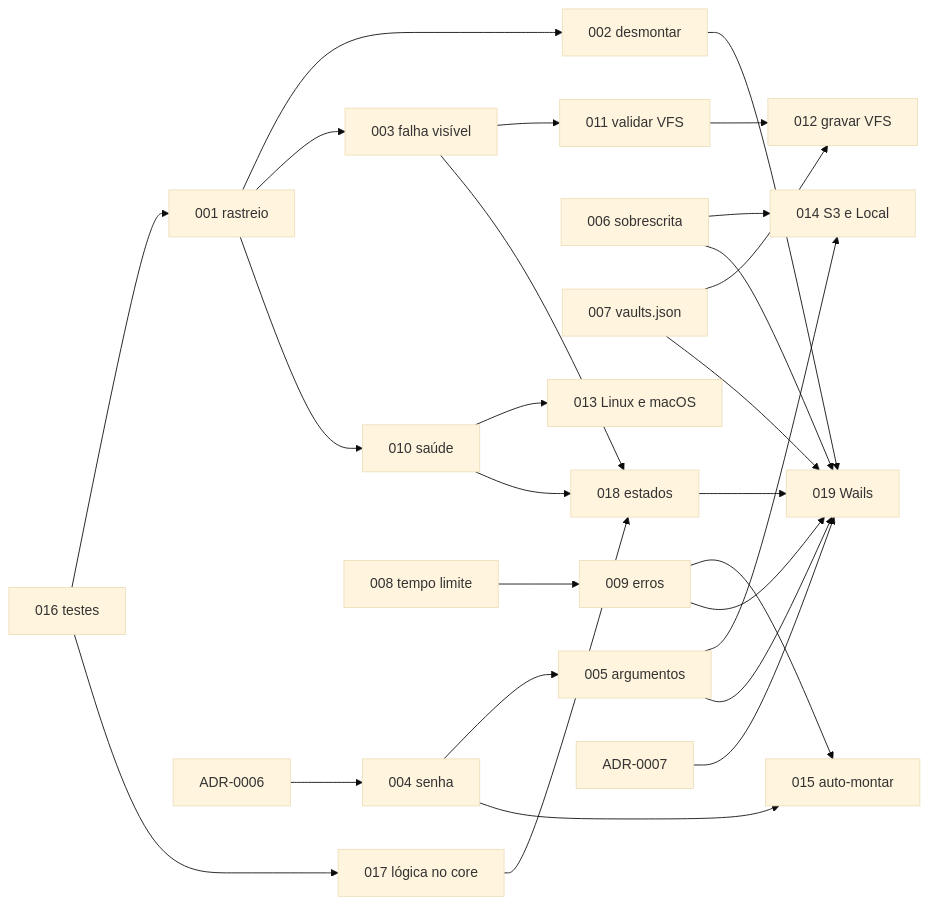
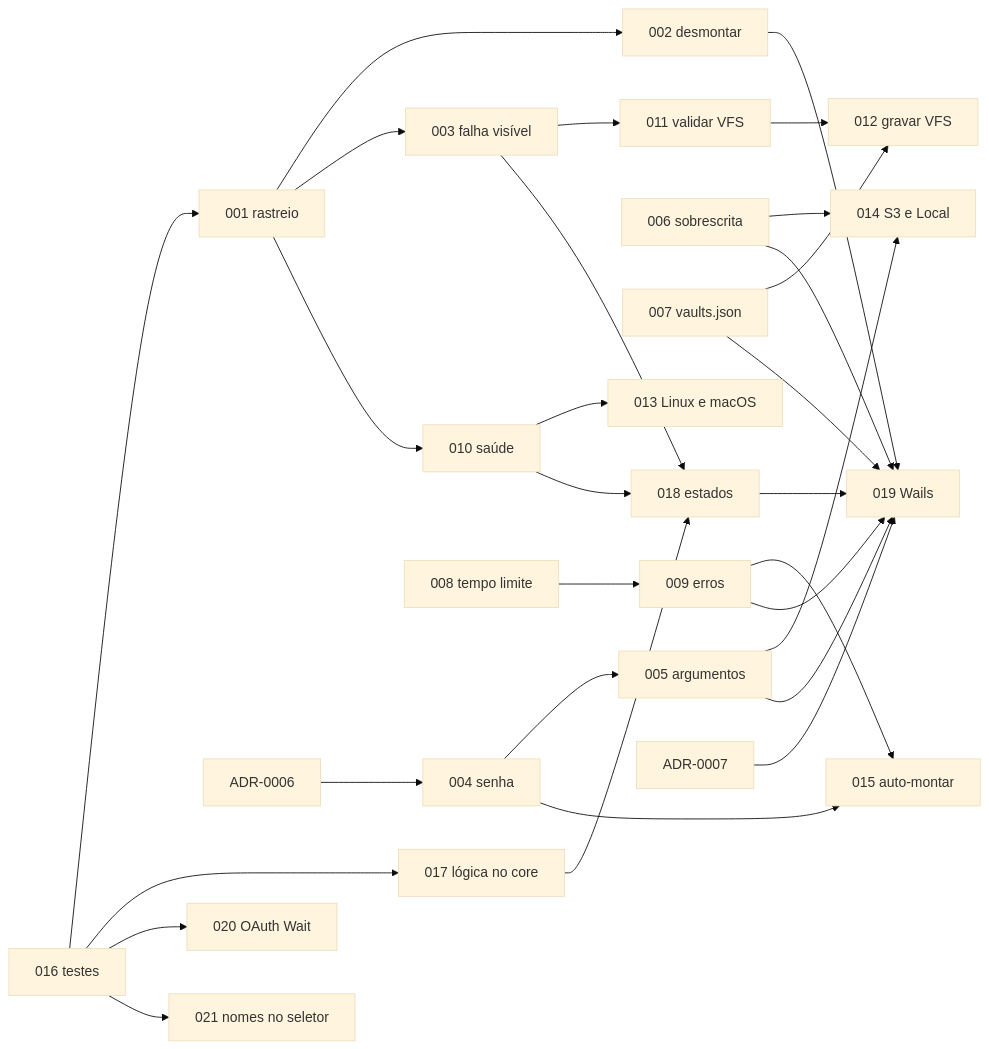
The diagram in docs/demanda/index.md (douglassouza-dev/runtime-crypt-go), drawn with Mermaid (base theme) before and after one commit. The commit also changed other lines of this file and 2 other files, not shown here.

Commit message:
docs: demandas 020 (Wait duplo no OAuth) e 021 (nomes no seletor de pasta)

````diff
--- a/docs/demanda/index.md
+++ b/docs/demanda/index.md
@@ -33,31 +35,33 @@
 ```mermaid
 flowchart LR
     d016["016 testes"] --> d001["001 rastreio"]
     d001 --> d002["002 desmontar"]
     d001 --> d003["003 falha visível"]
     d001 --> d010["010 saúde"]
     adr6["ADR-0006"] --> d004["004 senha"]
     d004 --> d005["005 argumentos"]
     d006["006 sobrescrita"]
     d007["007 vaults.json"]
     d008["008 tempo limite"] --> d009["009 erros"]
     d003 --> d011["011 validar VFS"]
     d007 --> d012["012 gravar VFS"]
     d011 --> d012
     d010 --> d013["013 Linux e macOS"]
     d005 --> d014["014 S3 e Local"]
     d006 --> d014
     d004 --> d015["015 auto-montar"]
     d009 --> d015
     d016 --> d017["017 lógica no core"]
+    d016 --> d020["020 OAuth Wait"]
+    d016 --> d021["021 nomes no seletor"]
     d003 --> d018["018 estados"]
     d010 --> d018
     d017 --> d018
     d018 --> d019["019 Wails"]
     d002 --> d019
     d005 --> d019
     d006 --> d019
     d007 --> d019
     d009 --> d019
     adr7["ADR-0007"] --> d019
 ```
````
